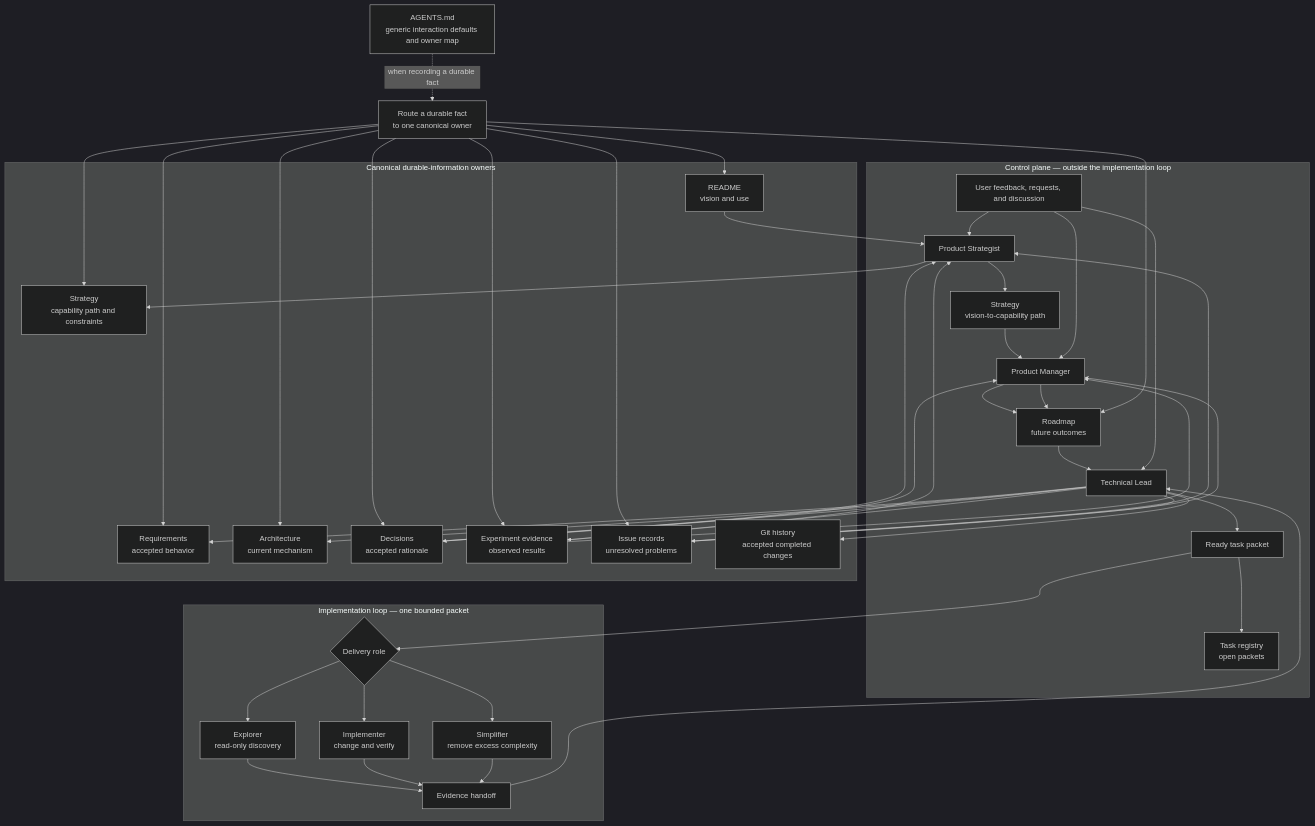
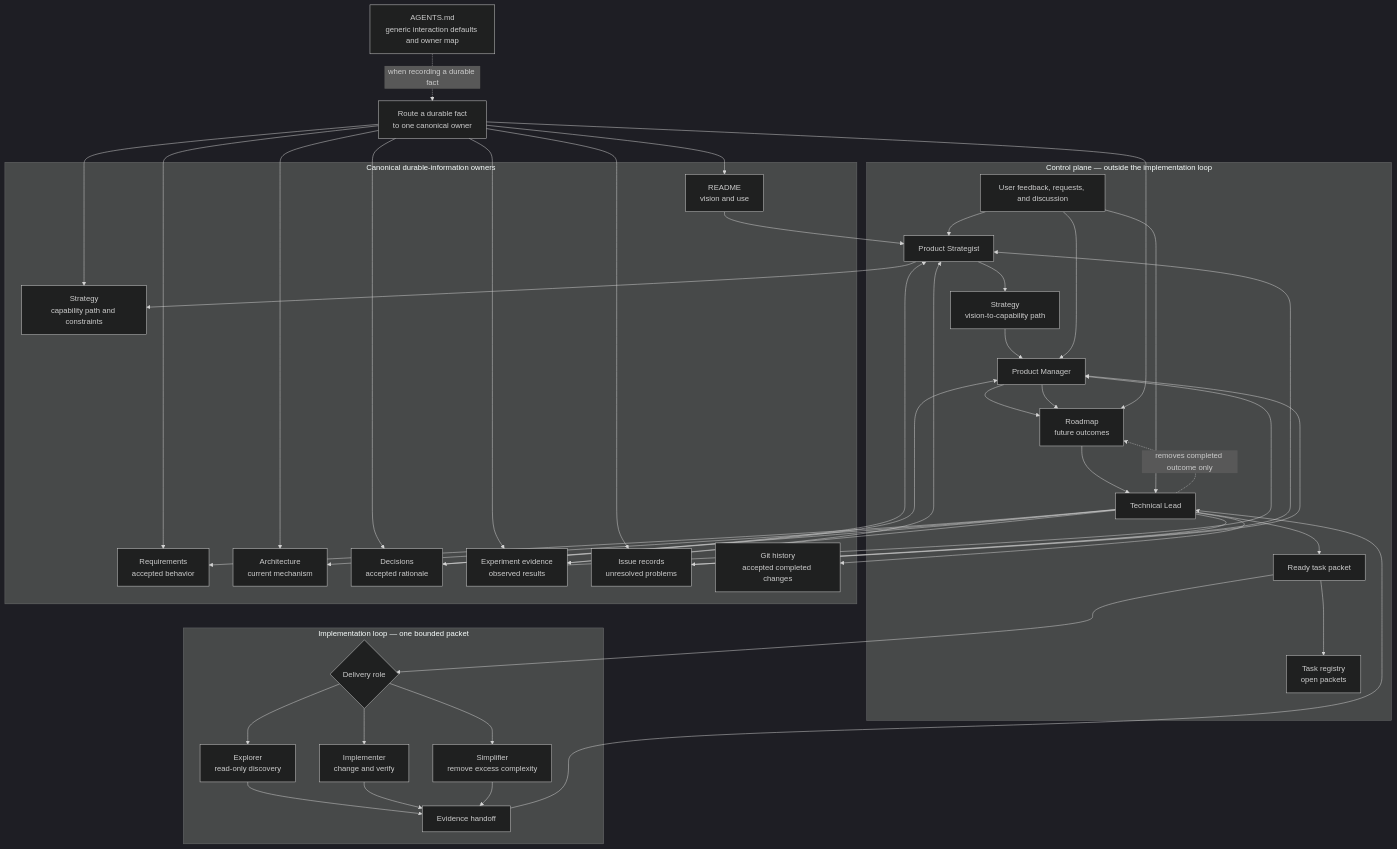
Before and after one commit to AlexeyNilov/npc: the diagram in docs/information-flow.md, drawn with Mermaid (dark theme). The commit also changed 8 other files, not shown here.

````diff
--- a/docs/information-flow.md
+++ b/docs/information-flow.md
@@ -8,81 +8,82 @@
 ```mermaid
 flowchart TB
   User[User feedback, requests, and discussion]
 
   subgraph Control[Control plane — outside the implementation loop]
     Strategist[Product Strategist]
     Strategy[Strategy\nvision-to-capability path]
     PM[Product Manager]
     Roadmap[Roadmap\nfuture outcomes]
     TechLead[Technical Lead]
     Packet[Ready task packet]
     Registry[Task registry\nopen packets]
 
     Strategist --> Strategy
     Strategy --> PM
     PM --> Roadmap
     Roadmap --> TechLead
     User --> Strategist
     User --> PM
     User --> TechLead
     TechLead --> Packet
     Packet --> Registry
   end
 
   subgraph Delivery[Implementation loop — one bounded packet]
     Role{Delivery role}
     Explorer[Explorer\nread-only discovery]
     Implementer[Implementer\nchange and verify]
     Simplifier[Simplifier\nremove excess complexity]
     Handoff[Evidence handoff]
 
     Packet --> Role
     Role --> Explorer
     Role --> Implementer
     Role --> Simplifier
     Explorer --> Handoff
     Implementer --> Handoff
     Simplifier --> Handoff
   end
 
   Handoff --> TechLead
 
   subgraph Owners[Canonical durable-information owners]
     Vision[README\nvision and use]
     StrategyOwner[Strategy\ncapability path and constraints]
     Requirements[Requirements\naccepted behavior]
     Architecture[Architecture\ncurrent mechanism]
     Decisions[Decisions\naccepted rationale]
     Evidence[Experiment evidence\nobserved results]
     Issues[Issue records\nunresolved problems]
     History[Git history\naccepted completed changes]
   end
 
   TechLead --> Requirements
   TechLead --> Architecture
   TechLead --> Decisions
   TechLead --> Evidence
   TechLead --> Issues
   TechLead --> History
+  TechLead -. removes completed outcome only .-> Roadmap
   Strategist --> StrategyOwner
   Vision --> Strategist
   Evidence --> Strategist
   Issues --> Strategist
   Decisions --> Strategist
   PM --> Roadmap
   Evidence --> PM
   Issues --> PM
   Decisions --> PM
 
   Policy[AGENTS.md\ngeneric interaction defaults and owner map]
   Route[Route a durable fact\nto one canonical owner]
   Policy -. when recording a durable fact .-> Route
   Route --> Requirements
   Route --> Architecture
   Route --> Decisions
   Route --> Evidence
   Route --> Issues
   Route --> Vision
   Route --> StrategyOwner
   Route --> Roadmap
 ```
````
